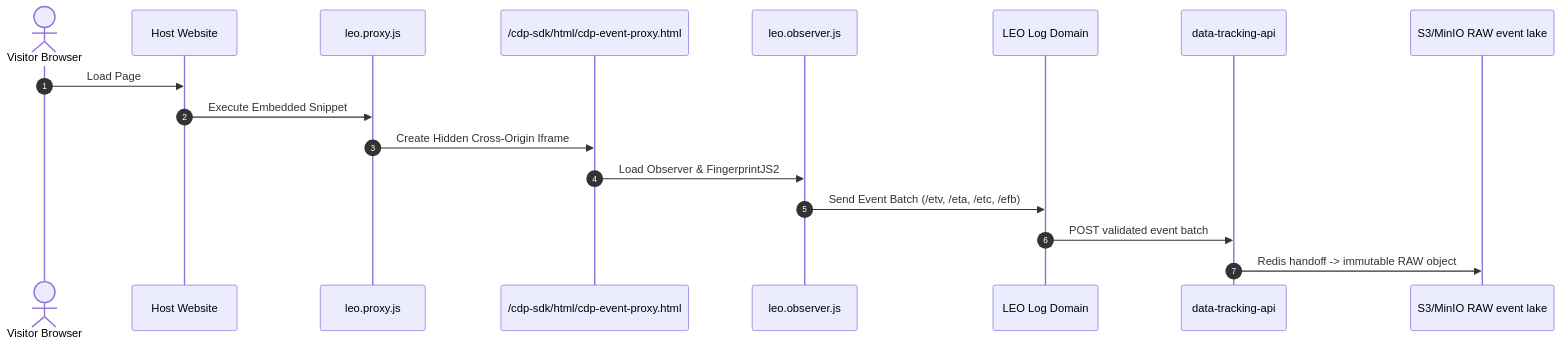
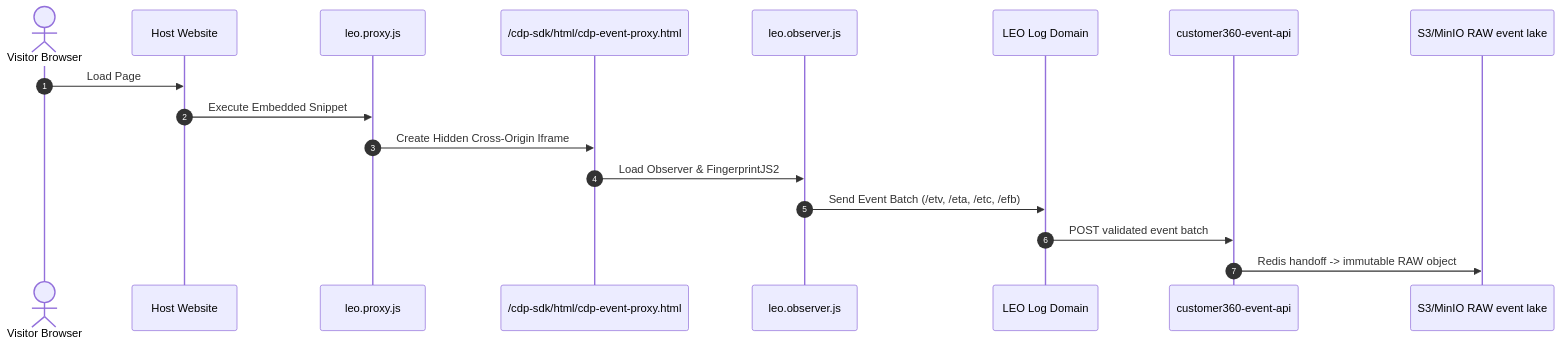
Before and after one commit to LEO-CDP/leo-customer360: the diagram in docs/data-sources/1-web-sdk-tracking.md, drawn with Mermaid. The commit also changed other lines of this file and 117 other files, not shown here.

Commit message:
refactoring, rename folder data-tracking-api to customer360-event-api

````diff
--- a/docs/data-sources/1-web-sdk-tracking.md
+++ b/docs/data-sources/1-web-sdk-tracking.md
@@ -7,20 +7,20 @@
 ```mermaid
 sequenceDiagram
     autonumber
     actor User as Visitor Browser
     participant Host as Host Website
     participant Proxy as leo.proxy.js
     participant Iframe as /cdp-sdk/html/cdp-event-proxy.html
     participant Observer as leo.observer.js
     participant Log as LEO Log Domain
-    participant API as data-tracking-api
+    participant API as customer360-event-api
     participant Staging as S3/MinIO RAW event lake
 
     User->>Host: Load Page
     Host->>Proxy: Execute Embedded Snippet
     Proxy->>Iframe: Create Hidden Cross-Origin Iframe
     Iframe->>Observer: Load Observer & FingerprintJS2
     Observer->>Log: Send Event Batch (/etv, /eta, /etc, /efb)
     Log->>API: POST validated event batch
     API->>Staging: Redis handoff -> immutable RAW object
 ```
````
